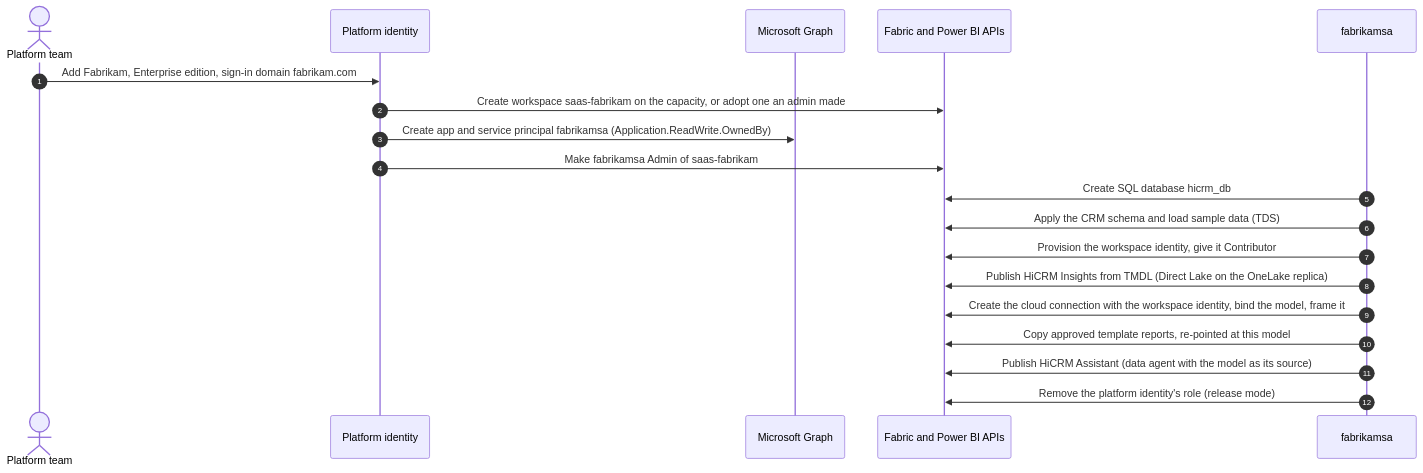
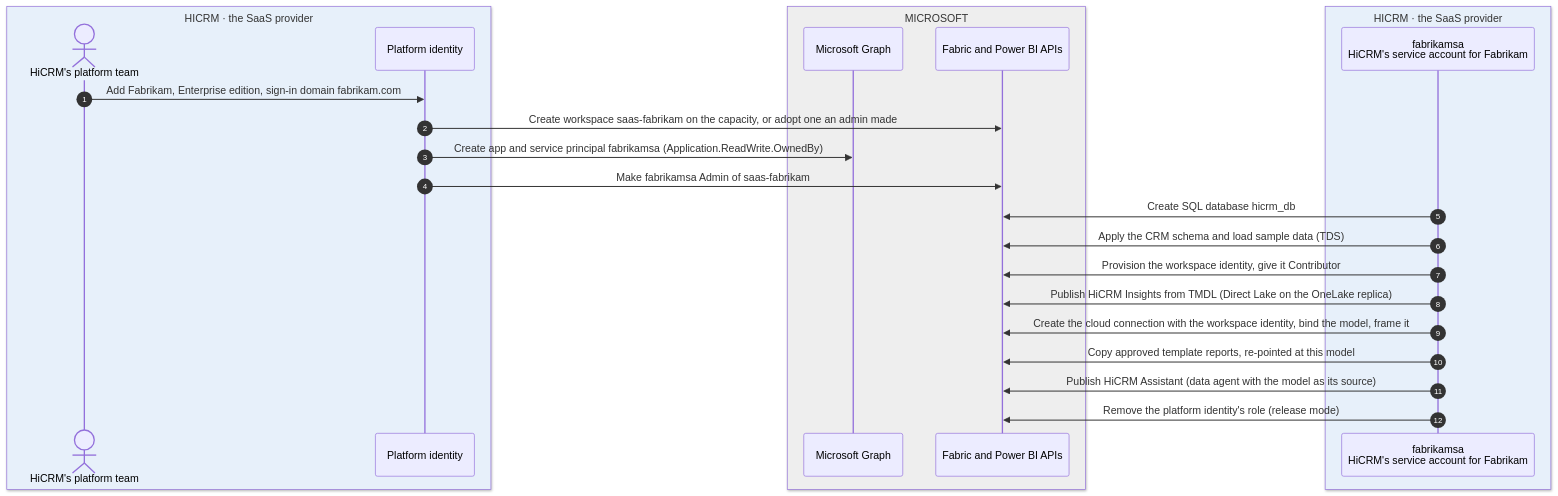
The fourth of 7 diagrams in saas-platform/ARCHITECTURE.md (apkola29/fabric), drawn with Mermaid before and after one commit. The commit also changed other lines of this file and 9 other files, not shown here.

First line of the commit message:
saas-platform: who owns what, end-to-end flow and the data integration add-on

````diff
--- a/saas-platform/ARCHITECTURE.md
+++ b/saas-platform/ARCHITECTURE.md
@@ -133,22 +281,28 @@
 ```mermaid
 sequenceDiagram
   autonumber
-  actor Ops as Platform team
-  participant P as Platform identity
-  participant G as Microsoft Graph
-  participant F as Fabric and Power BI APIs
-  participant SA as fabrikamsa
+  box rgb(231,240,250) HICRM · the SaaS provider
+    actor Ops as HiCRM's platform team
+    participant P as Platform identity
+  end
+  box rgb(238,238,238) MICROSOFT
+    participant G as Microsoft Graph
+    participant F as Fabric and Power BI APIs
+  end
+  box rgb(231,240,250) HICRM · the SaaS provider
+    participant SA as fabrikamsa<br/>HiCRM's service account for Fabrikam
+  end
 
   Ops->>P: Add Fabrikam, Enterprise edition, sign-in domain fabrikam.com
   P->>F: Create workspace saas-fabrikam on the capacity, or adopt one an admin made
   P->>G: Create app and service principal fabrikamsa (Application.ReadWrite.OwnedBy)
   P->>F: Make fabrikamsa Admin of saas-fabrikam
   SA->>F: Create SQL database hicrm_db
   SA->>F: Apply the CRM schema and load sample data (TDS)
   SA->>F: Provision the workspace identity, give it Contributor
   SA->>F: Publish HiCRM Insights from TMDL (Direct Lake on the OneLake replica)
   SA->>F: Create the cloud connection with the workspace identity, bind the model, frame it
   SA->>F: Copy approved template reports, re-pointed at this model
   SA->>F: Publish HiCRM Assistant (data agent with the model as its source)
   SA->>F: Remove the platform identity's role (release mode)
 ```
````
